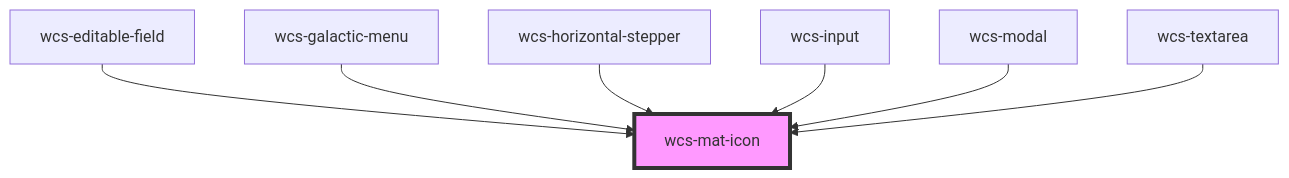
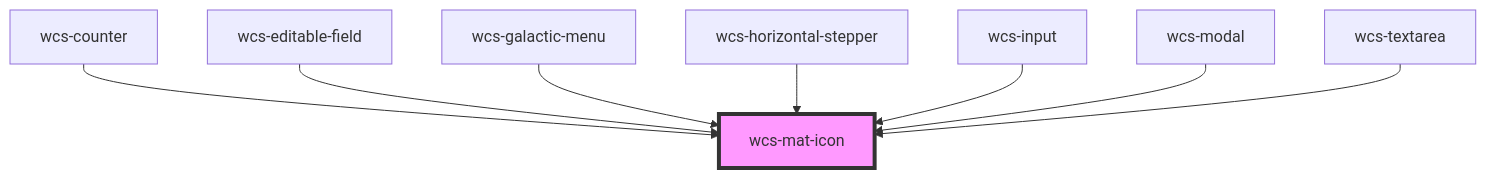
Before and after one commit to SNCFdevelopers/wcs: the diagram in src/components/mat-icon/readme.md, drawn with Mermaid. The commit also changed other lines of this file and 23 other files, not shown here.

````diff
--- a/src/components/mat-icon/readme.md
+++ b/src/components/mat-icon/readme.md
@@ -27,10 +28,11 @@
 ```mermaid
 graph TD;
+  wcs-counter --> wcs-mat-icon
   wcs-editable-field --> wcs-mat-icon
   wcs-galactic-menu --> wcs-mat-icon
   wcs-horizontal-stepper --> wcs-mat-icon
   wcs-input --> wcs-mat-icon
   wcs-modal --> wcs-mat-icon
   wcs-textarea --> wcs-mat-icon
   style wcs-mat-icon fill:#f9f,stroke:#333,stroke-width:4px
 ```
````
